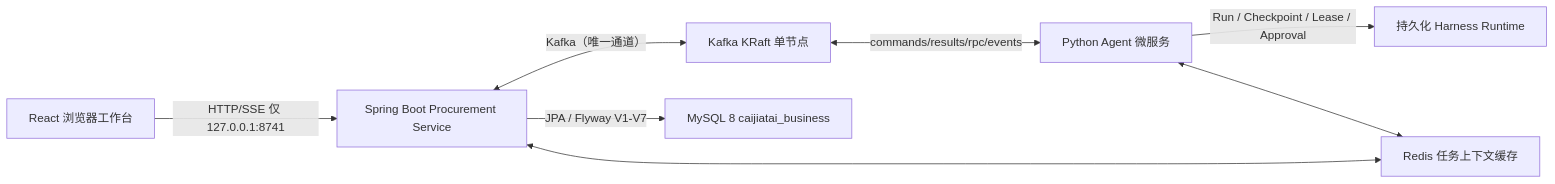
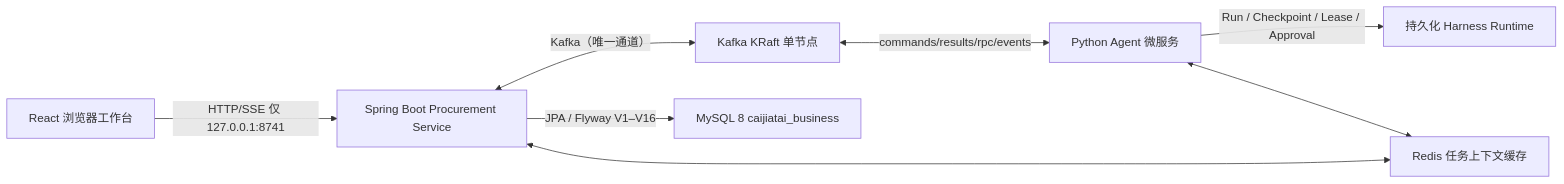
One commit to zxl666ab-sketch/agentharness changed the first of 2 diagrams in docs/architecture.md. Above: the diagram before and after it, drawn with Mermaid. The commit also changed 101 other files, not shown here.

````diff
--- a/docs/architecture.md
+++ b/docs/architecture.md
@@ -8,10 +8,10 @@
 ```mermaid
 flowchart LR
     Browser["React 浏览器工作台"] -->|"HTTP/SSE 仅 127.0.0.1:8741"| Java["Spring Boot Procurement Service"]
     Java <-->|"Kafka（唯一通道）"| Kafka["Kafka KRaft 单节点"]
     Kafka <-->|"commands/results/rpc/events"| Python["Python Agent 微服务"]
-    Java -->|"JPA / Flyway V1-V7"| MySQL["MySQL 8 caijiatai_business"]
+    Java -->|"JPA / Flyway V1–V16"| MySQL["MySQL 8 caijiatai_business"]
     Python -->|"Run / Checkpoint / Lease / Approval"| RuntimeStore["持久化 Harness Runtime"]
     Java <--> Redis["Redis 任务上下文缓存"]
     Python <--> Redis
 ```
````
